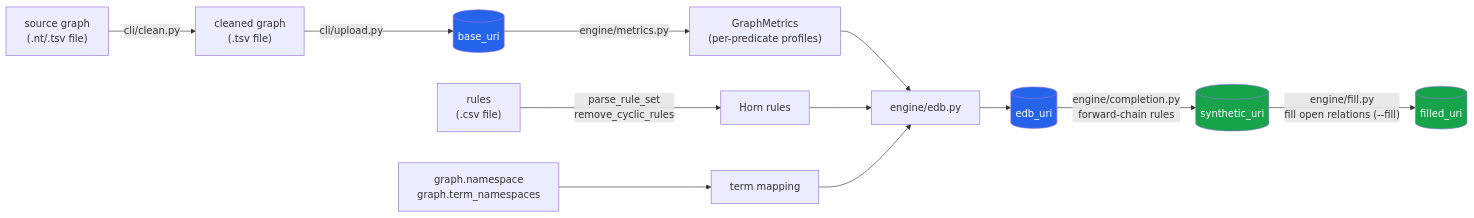
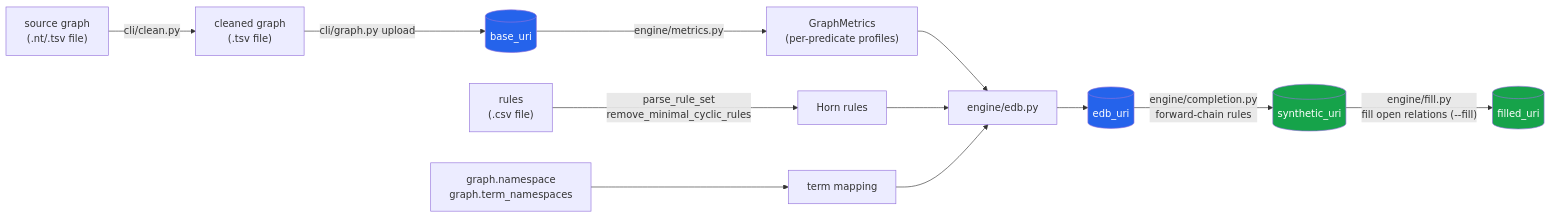
Before and after one commit to DavidGomez00/synthetic-knowledge-graph-generator: the first of 2 diagrams in docs/architecture.md, drawn with Mermaid. The commit also changed other lines of this file and 26 other files, not shown here.

````diff
--- a/docs/architecture.md
+++ b/docs/architecture.md
@@ -9,20 +9,20 @@
 ```mermaid
 flowchart LR
     RAW["source graph<br/>(.nt/.tsv file)"] -->|cli/clean.py| NT["cleaned graph<br/>(.tsv file)"]
-    NT -->|cli/upload.py| BASE[("base_uri")]
+    NT -->|"cli/graph.py upload"| BASE[("base_uri")]
     NS["graph.namespace<br/>graph.term_namespaces"] --> TERM["term mapping"]
-    RULES["rules<br/>(.csv file)"] -->|"parse_rule_set<br/>remove_cyclic_rules"| HORN["Horn rules"]
+    RULES["rules<br/>(.csv file)"] -->|"parse_rule_set<br/>remove_minimal_cyclic_rules"| HORN["Horn rules"]
 
     BASE -->|engine/metrics.py| METRICS["GraphMetrics<br/>(per-predicate profiles)"]
 
     METRICS & HORN & TERM --> EDBGEN["engine/edb.py"]
     EDBGEN --> EDB[("edb_uri")]
 
     EDB -->|"engine/completion.py<br/>forward-chain rules"| SYN[("synthetic_uri")]
     SYN -->|"engine/fill.py<br/>fill open relations (--fill)"| FILLED[("filled_uri")]
 
     style BASE fill:#2563eb,color:#fff
     style EDB fill:#2563eb,color:#fff
     style SYN fill:#16a34a,color:#fff
     style FILLED fill:#16a34a,color:#fff
 ```
````
